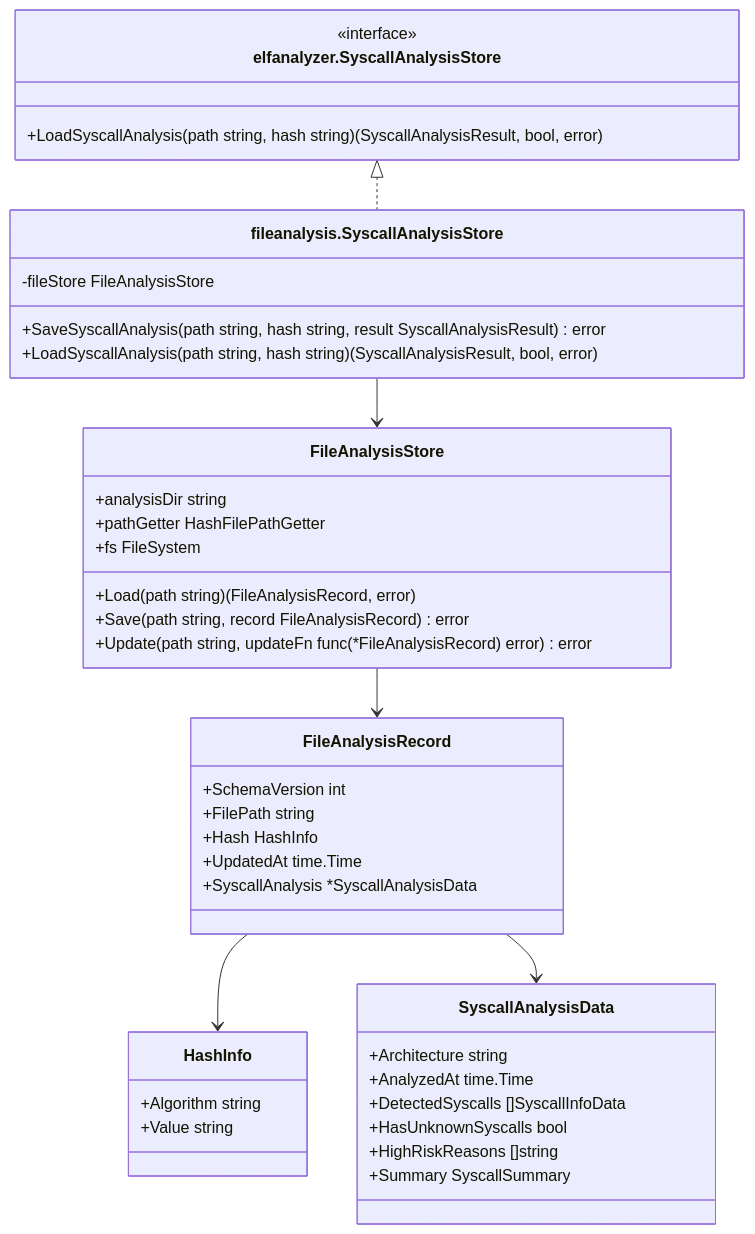
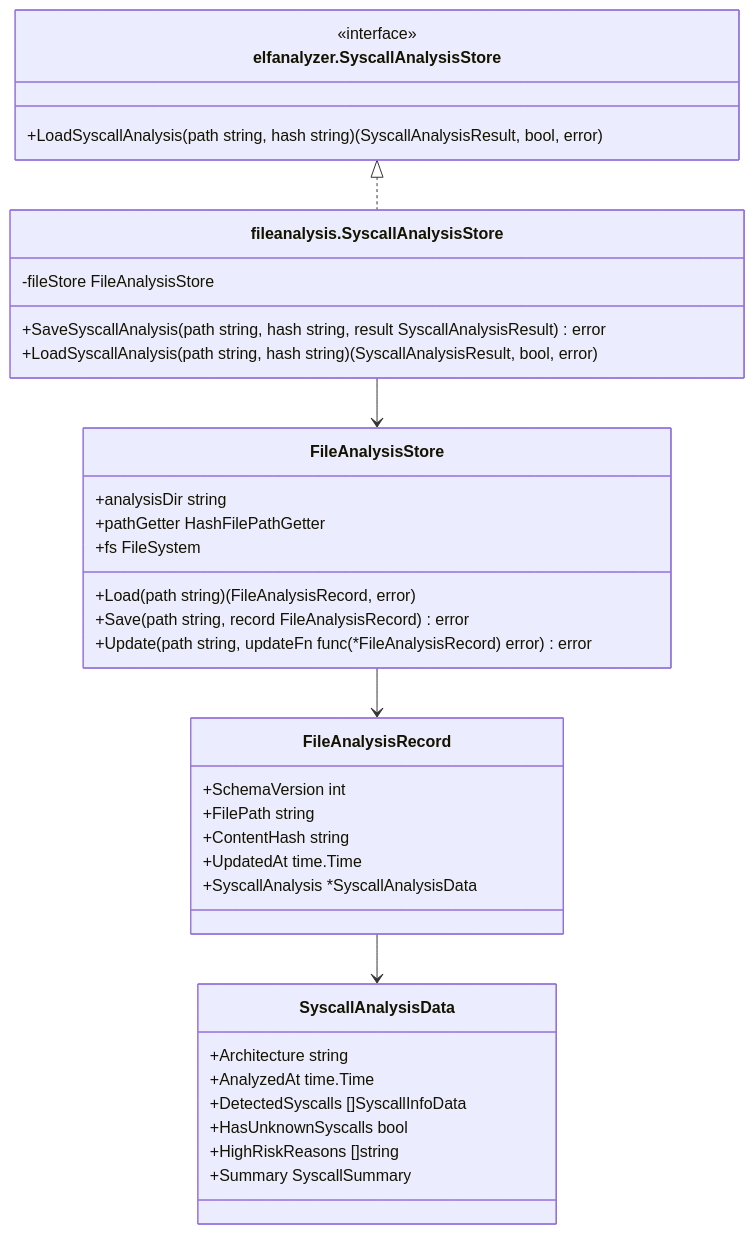
Before and after one commit to isseis/go-safe-cmd-runner: diagram 11 of 18 in docs/tasks/0070_elf_syscall_analysis/02_architecture.md, drawn with Mermaid. The commit also changed other lines of this file and 3 other files, not shown here.

First line of the commit message:
elf/syscall: add boundary-aware wrapper matching; update storage schema & tests

````diff
--- a/docs/tasks/0070_elf_syscall_analysis/02_architecture.md
+++ b/docs/tasks/0070_elf_syscall_analysis/02_architecture.md
@@ -391,50 +394,44 @@
 ```mermaid
 classDiagram
     class elfanalyzer.SyscallAnalysisStore {
         <<interface>>
         +LoadSyscallAnalysis(path string, hash string) (SyscallAnalysisResult, bool, error)
     }
 
     class fileanalysis.SyscallAnalysisStore {
         -fileStore FileAnalysisStore
         +SaveSyscallAnalysis(path string, hash string, result SyscallAnalysisResult) error
         +LoadSyscallAnalysis(path string, hash string) (SyscallAnalysisResult, bool, error)
     }
 
     class FileAnalysisStore {
         +analysisDir string
         +pathGetter HashFilePathGetter
         +fs FileSystem
         +Load(path string) (FileAnalysisRecord, error)
         +Save(path string, record FileAnalysisRecord) error
         +Update(path string, updateFn func(*FileAnalysisRecord) error) error
     }
 
     class FileAnalysisRecord {
         +SchemaVersion int
         +FilePath string
-        +Hash HashInfo
+        +ContentHash string
         +UpdatedAt time.Time
         +SyscallAnalysis *SyscallAnalysisData
-    }
-
-    class HashInfo {
-        +Algorithm string
-        +Value string
     }
 
     class SyscallAnalysisData {
         +Architecture string
         +AnalyzedAt time.Time
         +DetectedSyscalls []SyscallInfoData
         +HasUnknownSyscalls bool
         +HighRiskReasons []string
         +Summary SyscallSummary
     }
 
     elfanalyzer.SyscallAnalysisStore <|.. fileanalysis.SyscallAnalysisStore
     fileanalysis.SyscallAnalysisStore --> FileAnalysisStore
     FileAnalysisStore --> FileAnalysisRecord
-    FileAnalysisRecord --> HashInfo
     FileAnalysisRecord --> SyscallAnalysisData
 ```
````
